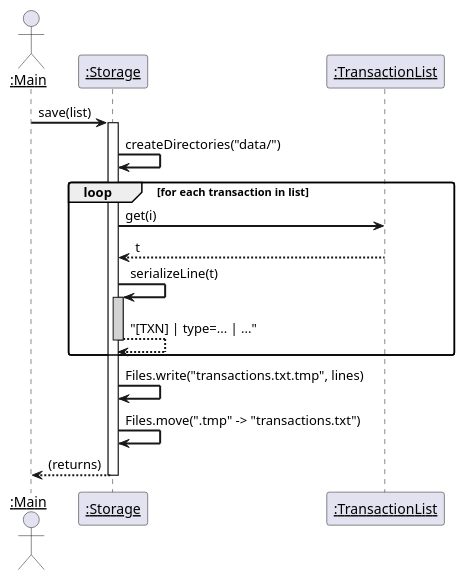
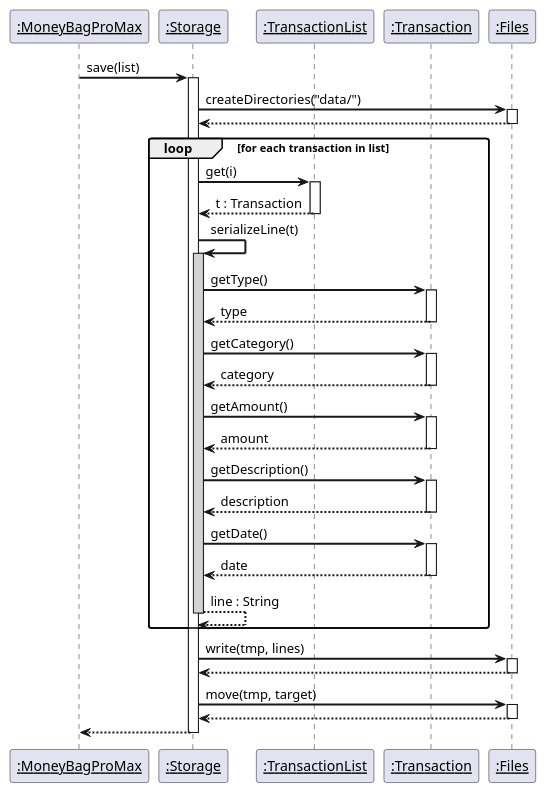
The diagram in docs/diagrams/StorageSaveSequenceDiagram.puml (AY2526S2-CS2113-T14-4/tp), drawn with PlantUML before and after one commit. The commit also changed 3 other files, not shown here.

Commit message:
docs: update load and save sequence diagrams for Storage

```diff
--- a/docs/diagrams/StorageSaveSequenceDiagram.puml
+++ b/docs/diagrams/StorageSaveSequenceDiagram.puml
@@ -1,30 +1,71 @@
 @startuml StorageSaveSequenceDiagram
 skinparam sequenceArrowThickness 2
 skinparam roundcorner 5
 skinparam sequenceParticipant underline
 
-actor ":Main" as Main
+participant ":MoneyBagProMax" as Main
 participant ":Storage" as Storage
 participant ":TransactionList" as TList
+participant ":Transaction" as T
+participant ":Files" as Files
 
 Main -> Storage : save(list)
 activate Storage
 
-Storage -> Storage : createDirectories("data/")
+Storage -> Files : createDirectories("data/")
+activate Files
+Files --> Storage
+deactivate Files
 
 loop for each transaction in list
     Storage -> TList : get(i)
-    TList --> Storage : t
+    activate TList
+    TList --> Storage : t : Transaction
+    deactivate TList
+
     Storage -> Storage : serializeLine(t)
     activate Storage #LightGray
-    Storage --> Storage : "[TXN] | type=... | ..."
+
+    Storage -> T : getType()
+    activate T
+    T --> Storage : type
+    deactivate T
+
+    Storage -> T : getCategory()
+    activate T
+    T --> Storage : category
+    deactivate T
+
+    Storage -> T : getAmount()
+    activate T
+    T --> Storage : amount
+    deactivate T
+
+    Storage -> T : getDescription()
+    activate T
+    T --> Storage : description
+    deactivate T
+
+    Storage -> T : getDate()
+    activate T
+    T --> Storage : date
+    deactivate T
+
+    Storage --> Storage : line : String
     deactivate Storage
 end
 
-Storage -> Storage : Files.write("transactions.txt.tmp", lines)
-Storage -> Storage : Files.move(".tmp" -> "transactions.txt")
+Storage -> Files : write(tmp, lines)
+activate Files
+Files --> Storage
+deactivate Files
 
-Storage --> Main : (returns)
+Storage -> Files : move(tmp, target)
+activate Files
+Files --> Storage
+deactivate Files
+
+Storage --> Main
 deactivate Storage
 
 @enduml
```
